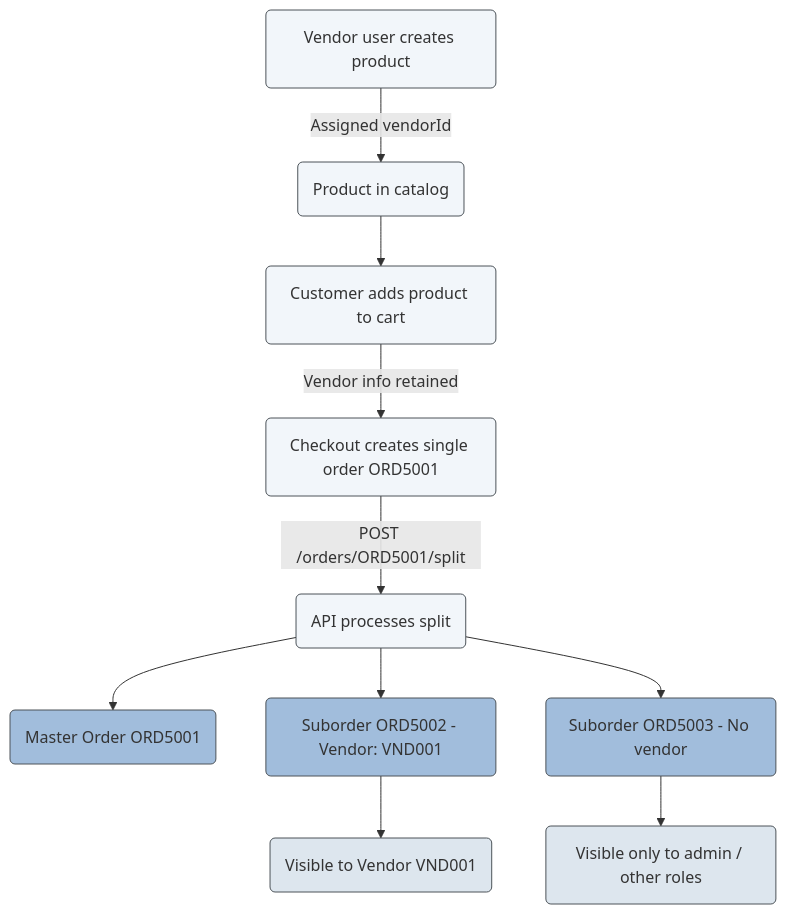
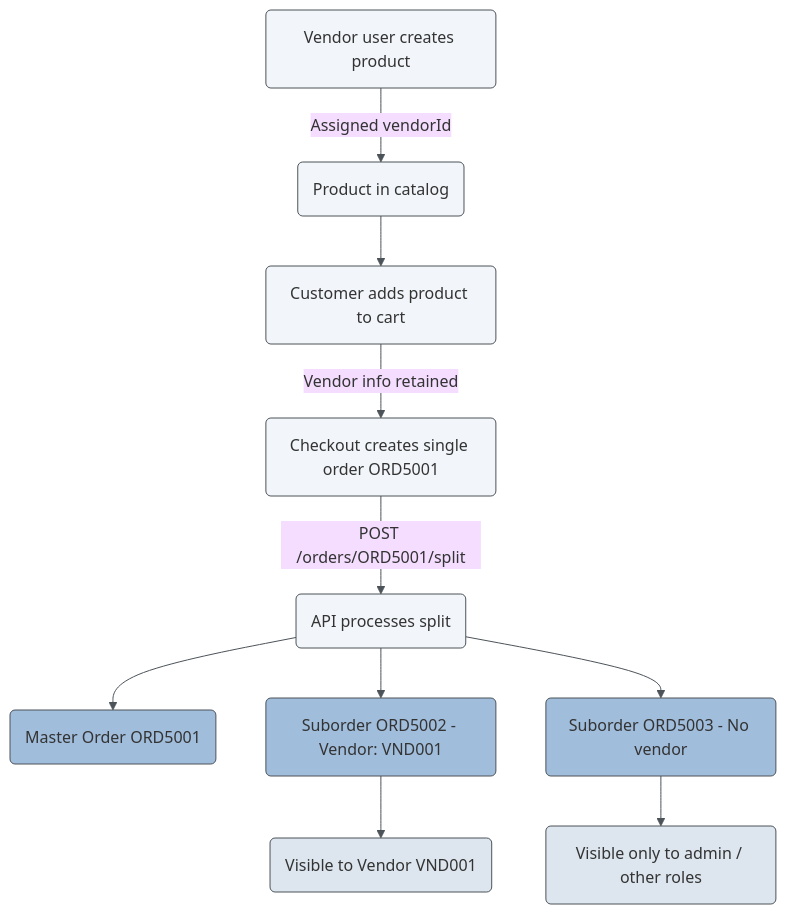
Before and after one commit to emporix/api-references: the diagram in companies-and-customers/vendor-service/vendor.md, drawn with Mermaid.

Commit message:
diagram background test

````diff
--- a/companies-and-customers/vendor-service/vendor.md
+++ b/companies-and-customers/vendor-service/vendor.md
@@ -344,42 +344,46 @@
 ```mermaid
 ---
 config:
   layout: fixed
-  theme: default
+  theme: base
   look: classic
+  themeVariables:
+    background: transparent
+    lineColor: "#4C5359"
+    arrowheadColor: "#4C5359"
 ---
 flowchart TD
     A[Vendor user creates product] -->|Assigned vendorId| B[Product in catalog]
     B --> C[Customer adds product to cart]
     C -->|Vendor info retained| D[Checkout creates single order ORD5001]
     D -->|POST /orders/ORD5001/split| E[API processes split]
     E --> F[Master Order ORD5001]
     E --> G[Suborder ORD5002 - Vendor: VND001]
     E --> H[Suborder ORD5003 - No vendor]
     G --> I[Visible to Vendor VND001]
     H --> J[Visible only to admin / other roles]
       A@{ shape: rounded}
       B@{ shape: rounded}
       C@{ shape: rounded}
       D@{ shape: rounded}
       E@{ shape: rounded}
       F@{ shape: rounded}
       G@{ shape: rounded}
       H@{ shape: rounded}
       I@{ shape: rounded}
       J@{ shape: rounded}
       A:::Class_04
       B:::Class_04
       C:::Class_04
       D:::Class_04
       E:::Class_04
       F:::Class_01
       G:::Class_01
       H:::Class_01
       I:::Class_02
       J:::Class_02
     classDef Class_02 stroke-width:1px, stroke-dasharray: 0, stroke:#4C5359, fill:#DDE6EE
     classDef Class_01 stroke-width:1px, stroke-dasharray: 0, stroke:#4C5359, fill:#A1BDDC
     classDef Class_03 stroke-width:1px, stroke-dasharray: 0, stroke:#3b73bb, fill:#3b73bb
     classDef Class_04 fill:#F2F6FA, stroke:#4C5359
 ```
````
